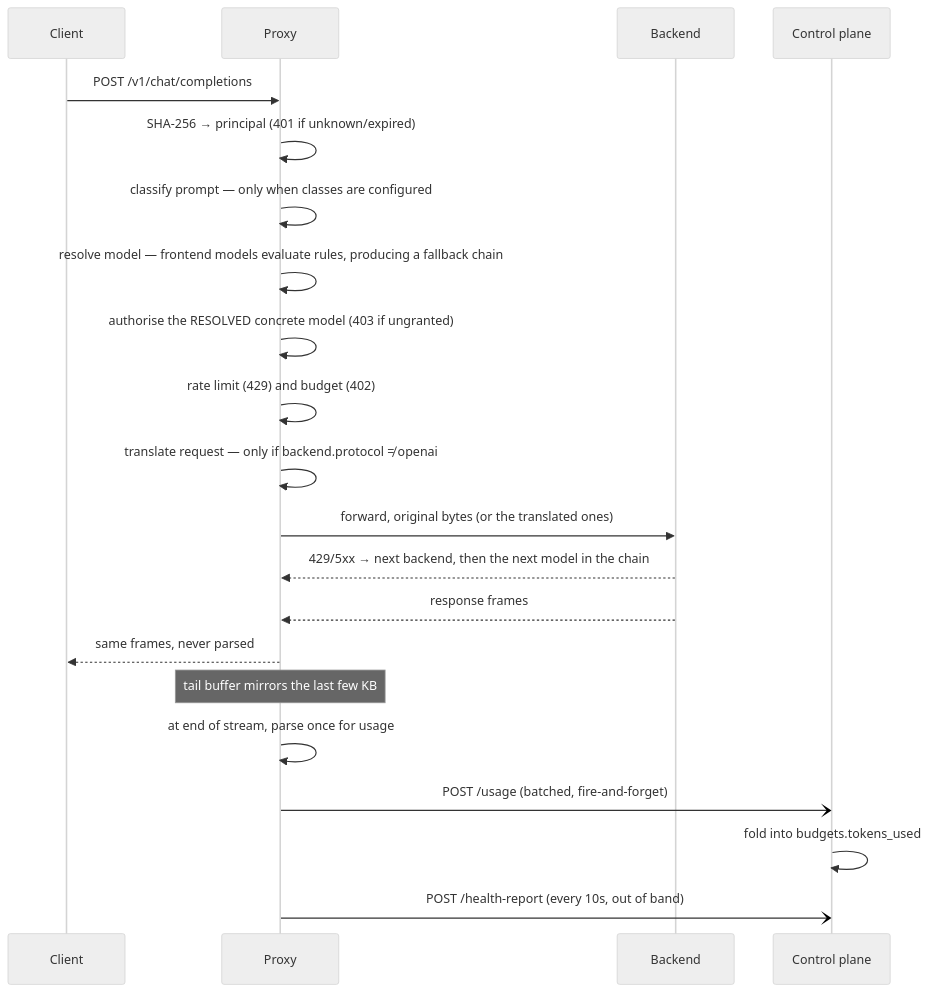
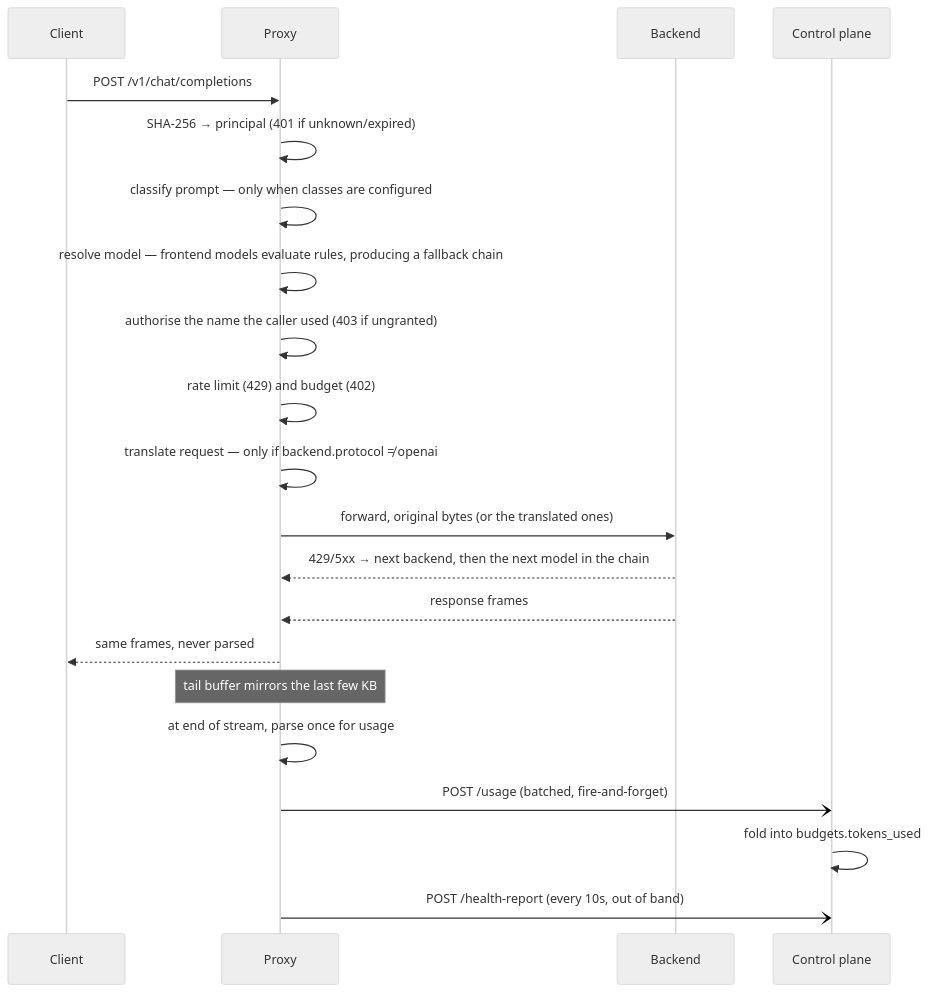
Before and after one commit to azrtydxb/Fastllm-proxy: the third of 3 diagrams in docs/architecture.md, drawn with Mermaid (neutral theme). The commit also changed other lines of this file, not shown here.

First line of the commit message:
Redraw the authorisation flow in architecture.md

````diff
--- a/docs/architecture.md
+++ b/docs/architecture.md
@@ -109,24 +109,24 @@
 ```mermaid
 sequenceDiagram
     participant C as Client
     participant P as Proxy
     participant B as Backend
     participant K as Control plane
 
     C->>P: POST /v1/chat/completions
     P->>P: SHA-256 → principal (401 if unknown/expired)
     P->>P: classify prompt — only when classes are configured
     P->>P: resolve model — frontend models evaluate rules, producing a fallback chain
-    P->>P: authorise the RESOLVED concrete model (403 if ungranted)
+    P->>P: authorise the name the caller used (403 if ungranted)
     P->>P: rate limit (429) and budget (402)
     P->>P: translate request — only if backend.protocol ≠ openai
     P->>B: forward, original bytes (or the translated ones)
     B-->>P: 429/5xx → next backend, then the next model in the chain
     B-->>P: response frames
     P-->>C: same frames, never parsed
     Note over P: tail buffer mirrors the last few KB
     P->>P: at end of stream, parse once for usage
     P-)K: POST /usage (batched, fire-and-forget)
     K->>K: fold into budgets.tokens_used
     P-)K: POST /health-report (every 10s, out of band)
 ```
````
